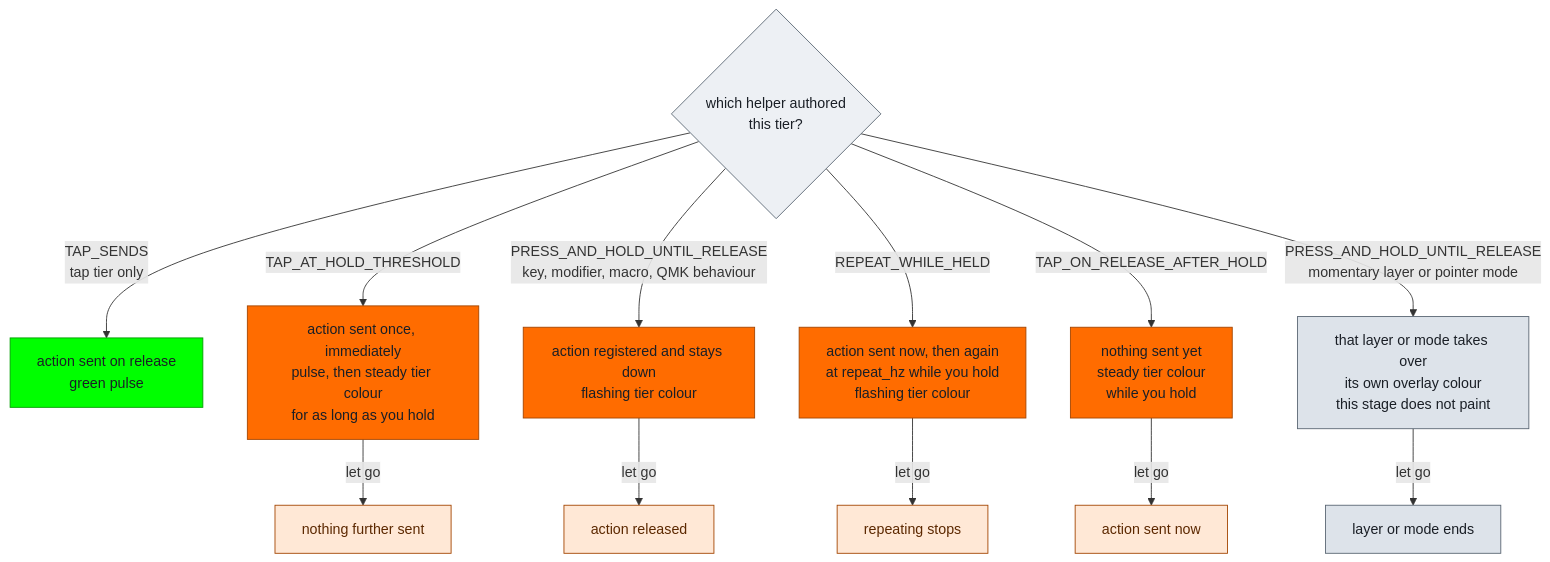
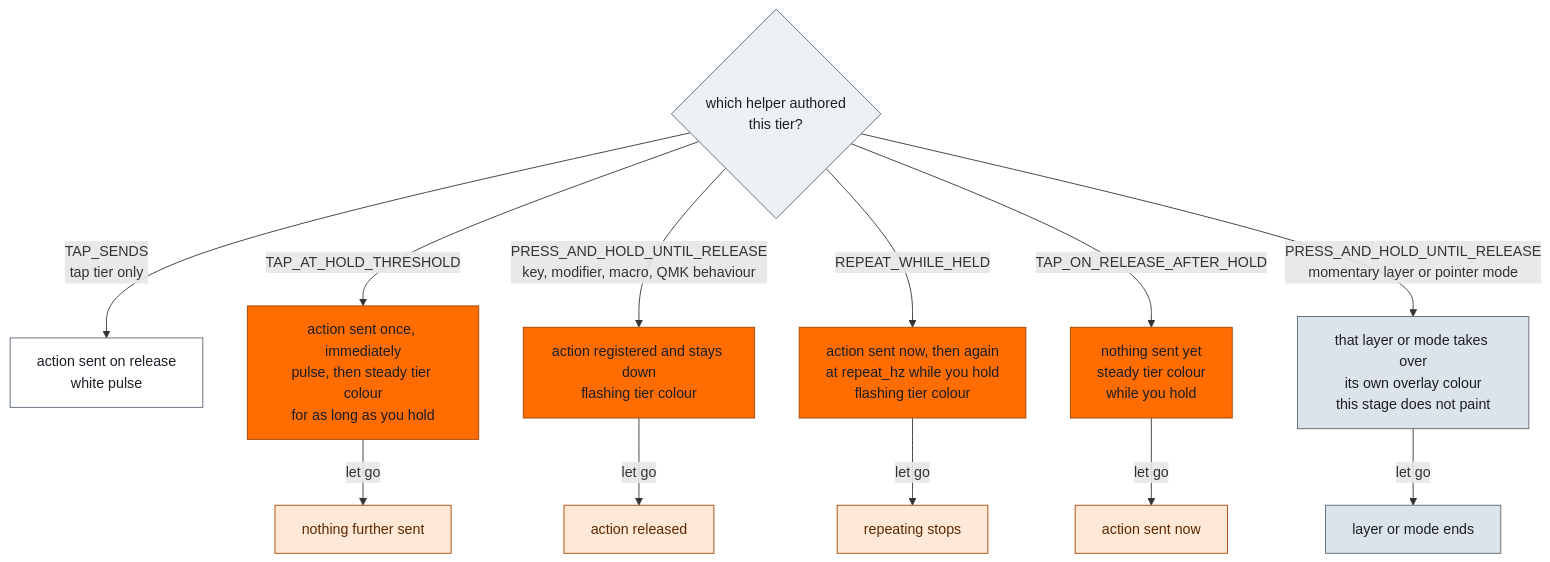
The fifth of 5 diagrams in docs/rgbflow.md (NoahCLR/charybdis-4x6), drawn with Mermaid before and after one commit. The commit also changed other lines of this file and 9 other files, not shown here.

````diff
--- a/docs/rgbflow.md
+++ b/docs/rgbflow.md
@@ -197,34 +197,34 @@
 ```mermaid
 flowchart TD
     T{"which helper authored<br>this tier?"}
 
-    T -->|"TAP_SENDS<br>tap tier only"| S1["action sent on release<br>green pulse"]
+    T -->|"TAP_SENDS<br>tap tier only"| S1["action sent on release<br>white pulse"]
 
     T -->|"TAP_AT_HOLD_THRESHOLD"| A1["action sent once, immediately<br>pulse, then steady tier colour<br>for as long as you hold"]
     A1 -->|"let go"| A2["nothing further sent"]
 
     T -->|"PRESS_AND_HOLD_UNTIL_RELEASE<br>key, modifier, macro, QMK behaviour"| B1["action registered and stays down<br>flashing tier colour"]
     B1 -->|"let go"| B2["action released"]
 
     T -->|"REPEAT_WHILE_HELD"| D1["action sent now, then again<br>at repeat_hz while you hold<br>flashing tier colour"]
     D1 -->|"let go"| D2["repeating stops"]
 
     T -->|"TAP_ON_RELEASE_AFTER_HOLD"| E1["nothing sent yet<br>steady tier colour<br>while you hold"]
     E1 -->|"let go"| E2["action sent now"]
 
     T -->|"PRESS_AND_HOLD_UNTIL_RELEASE<br>momentary layer or pointer mode"| C1["that layer or mode takes over<br>its own overlay colour<br>this stage does not paint"]
     C1 -->|"let go"| C2["layer or mode ends"]
 
     style T fill:#EDF0F4,stroke:#5A6673,color:#1A1F26
-    style S1 fill:#00FF00,stroke:#009E00,color:#1A1F26
+    style S1 fill:#FFFFFF,stroke:#5A6673,color:#1A1F26
     style A1 fill:#FF6C00,stroke:#A34500,color:#1A1F26
     style B1 fill:#FF6C00,stroke:#A34500,color:#1A1F26
     style D1 fill:#FF6C00,stroke:#A34500,color:#1A1F26
     style E1 fill:#FF6C00,stroke:#A34500,color:#1A1F26
     style C1 fill:#DDE3EA,stroke:#5A6673,color:#1A1F26
     style A2 fill:#FFE8D6,stroke:#A34500,color:#5C2800
     style B2 fill:#FFE8D6,stroke:#A34500,color:#5C2800
     style D2 fill:#FFE8D6,stroke:#A34500,color:#5C2800
     style E2 fill:#FFE8D6,stroke:#A34500,color:#5C2800
     style C2 fill:#DDE3EA,stroke:#5A6673,color:#1A1F26
 ```
````
